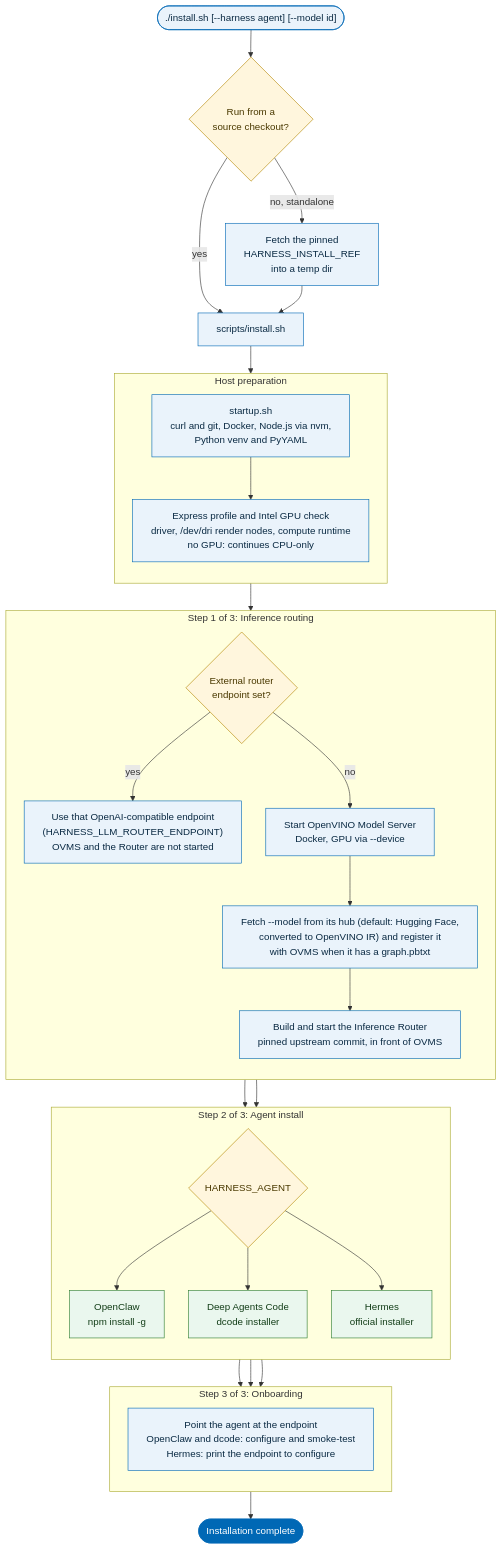
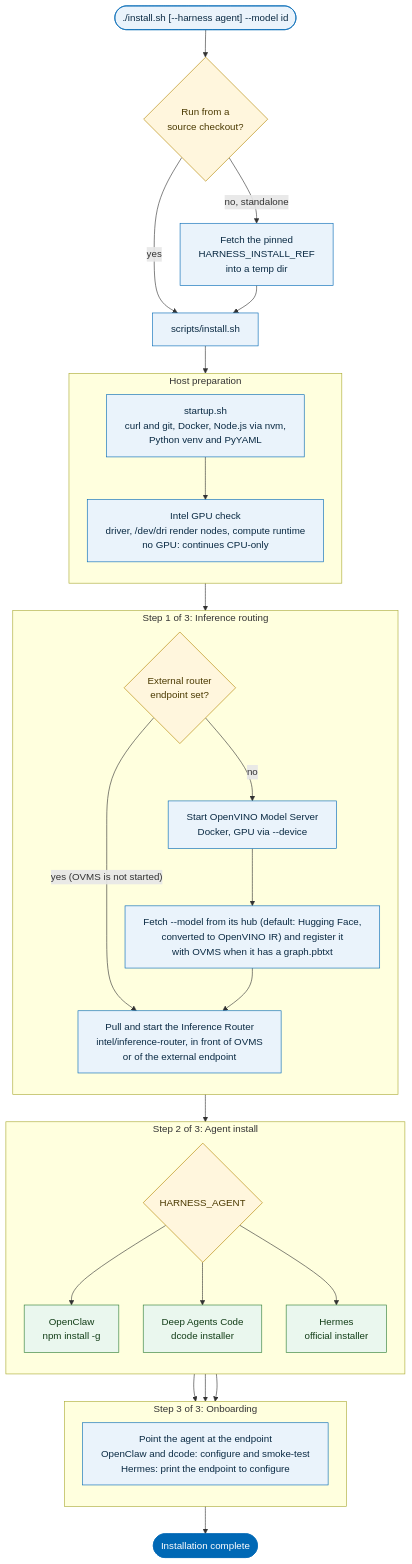
The first of 2 diagrams in frameworks/agent-harness-install/README.md (open-edge-platform/edge-ai-libraries), drawn with Mermaid before and after one commit. The commit also changed other lines of this file and 17 other files, not shown here.

````diff
--- a/frameworks/agent-harness-install/README.md
+++ b/frameworks/agent-harness-install/README.md
@@ -35,61 +43,59 @@
 ```mermaid
 %%{init: {"flowchart": {"wrappingWidth": 420, "nodeSpacing": 40, "rankSpacing": 45, "curve": "basis"}}}%%
 flowchart TD
     classDef step fill:#EAF3FB,stroke:#0068B5,color:#0A2A43
     classDef decision fill:#FFF6DD,stroke:#B38600,color:#4A3900
     classDef agent fill:#EAF7EE,stroke:#2E7D32,color:#123D17
     classDef done fill:#0068B5,stroke:#0068B5,color:#FFFFFF
 
-    START(["./install.sh [--harness agent] [--model id]"]):::step
+    START(["./install.sh [--harness agent] --model id"]):::step
     CO{"Run from a<br/>source checkout?"}:::decision
     CLONE["Fetch the pinned<br/>HARNESS_INSTALL_REF<br/>into a temp dir"]:::step
     PAYLOAD["scripts/install.sh"]:::step
 
     START --> CO
     CO -- "yes" --> PAYLOAD
     CO -- "no, standalone" --> CLONE --> PAYLOAD
 
     subgraph PREP["Host preparation"]
         direction TB
         STARTUP["startup.sh<br/>curl and git, Docker, Node.js via nvm,<br/>Python venv and PyYAML"]:::step
-        GPU["Express profile and Intel GPU check<br/>driver, /dev/dri render nodes, compute runtime<br/>no GPU: continues CPU-only"]:::step
+        GPU["Intel GPU check<br/>driver, /dev/dri render nodes, compute runtime<br/>no GPU: continues CPU-only"]:::step
         STARTUP --> GPU
     end
     PAYLOAD --> STARTUP
 
     subgraph S1["Step 1 of 3: Inference routing"]
         direction TB
         EXT{"External router<br/>endpoint set?"}:::decision
-        USEEXT["Use that OpenAI-compatible endpoint<br/>(HARNESS_LLM_ROUTER_ENDPOINT)<br/>OVMS and the Router are not started"]:::step
         OVMS["Start OpenVINO Model Server<br/>Docker, GPU via --device"]:::step
         EXPORT["Fetch --model from its hub (default: Hugging Face,<br/>converted to OpenVINO IR) and register it<br/>with OVMS when it has a graph.pbtxt"]:::step
-        IR["Build and start the Inference Router<br/>pinned upstream commit, in front of OVMS"]:::step
-        EXT -- "yes" --> USEEXT
+        IR["Pull and start the Inference Router<br/>intel/inference-router, in front of OVMS<br/>or of the external endpoint"]:::step
+        EXT -- "yes (OVMS is not started)" --> IR
         EXT -- "no" --> OVMS --> EXPORT --> IR
     end
     GPU --> EXT
 
     subgraph S2["Step 2 of 3: Agent install"]
         direction TB
         PICK{"HARNESS_AGENT"}:::decision
         OC["OpenClaw<br/>npm install -g"]:::agent
         DC["Deep Agents Code<br/>dcode installer"]:::agent
         HM["Hermes<br/>official installer"]:::agent
         PICK --> OC
         PICK --> DC
         PICK --> HM
     end
     IR --> PICK
-    USEEXT --> PICK
 
     subgraph S3["Step 3 of 3: Onboarding"]
         direction TB
         ONB["Point the agent at the endpoint<br/>OpenClaw and dcode: configure and smoke-test<br/>Hermes: print the endpoint to configure"]:::step
     end
     OC --> ONB
     DC --> ONB
     HM --> ONB
 
     FINISH(["Installation complete"]):::done
     ONB --> FINISH
 ```
````
